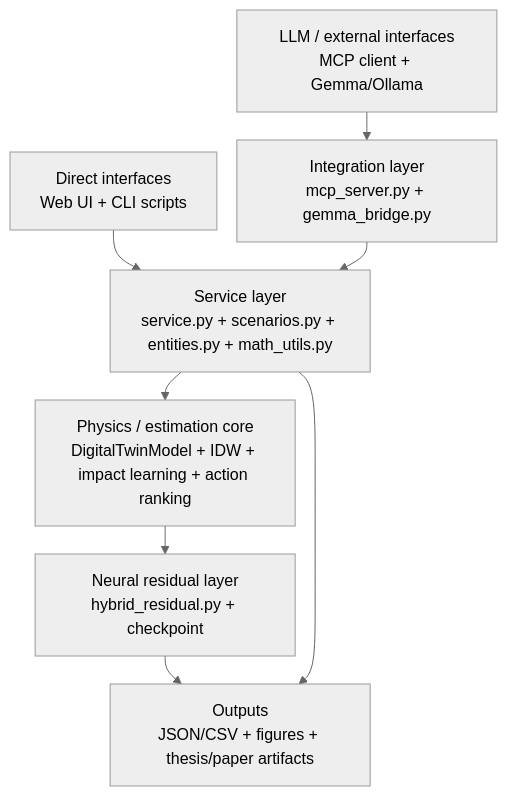
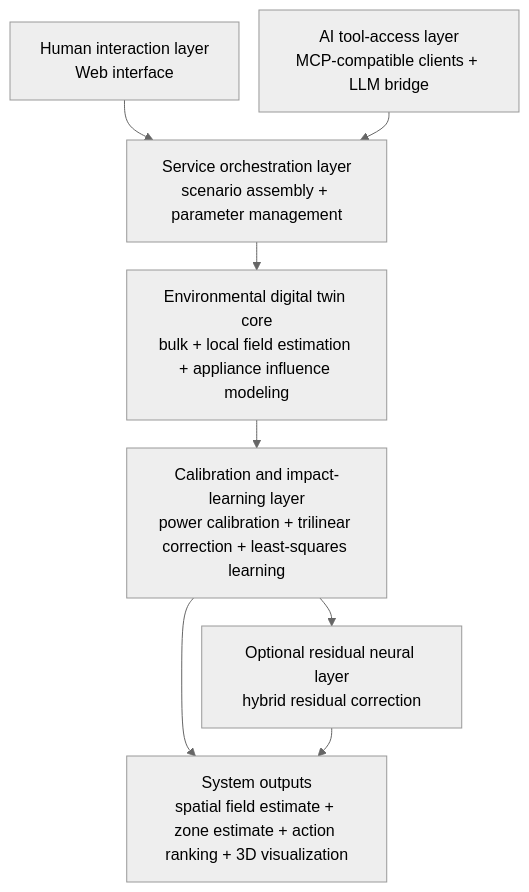
Before and after one commit to Yunitrish006006/A-Spatial-Digital-Twin-Prototype-for-Indoor-Spaces-with-Environmental-Factors: the first of 8 diagrams in docs/thesis/system_architecture_diagrams_zh.md, drawn with Mermaid (neutral theme). The commit also changed 20 other files, not shown here.

````diff
--- a/docs/thesis/system_architecture_diagrams_zh.md
+++ b/docs/thesis/system_architecture_diagrams_zh.md
@@ -7,19 +7,19 @@
 ```mermaid
 %%{init: {'flowchart': {'nodeSpacing': 20, 'rankSpacing': 28}} }%%
 flowchart TB
-    U1["Direct interfaces<br/>Web UI + CLI scripts"]
-    U2["LLM / external interfaces<br/>MCP client + Gemma/Ollama"]
-    A1["Integration layer<br/>mcp_server.py + gemma_bridge.py"]
-    S1["Service layer<br/>service.py + scenarios.py + entities.py + math_utils.py"]
-    P0["Physics / estimation core<br/>DigitalTwinModel + IDW + impact learning + action ranking"]
-    N1["Neural residual layer<br/>hybrid_residual.py + checkpoint"]
-    O1["Outputs<br/>JSON/CSV + figures + thesis/paper artifacts"]
+    U1["Human interaction layer<br/>Web interface"]
+    U2["AI tool-access layer<br/>MCP-compatible clients + LLM bridge"]
+    S1["Service orchestration layer<br/>scenario assembly + parameter management"]
+    P0["Environmental digital twin core<br/>bulk + local field estimation + appliance influence modeling"]
+    C1["Calibration and impact-learning layer<br/>power calibration + trilinear correction + least-squares learning"]
+    N1["Optional residual neural layer<br/>hybrid residual correction"]
+    O1["System outputs<br/>spatial field estimate + zone estimate + action ranking + 3D visualization"]
 
     U1 --> S1
-    U2 --> A1
-    A1 --> S1
+    U2 --> S1
     S1 --> P0
-    P0 --> N1
+    P0 --> C1
+    C1 --> N1
+    C1 --> O1
     N1 --> O1
-    S1 --> O1
 ```
````
